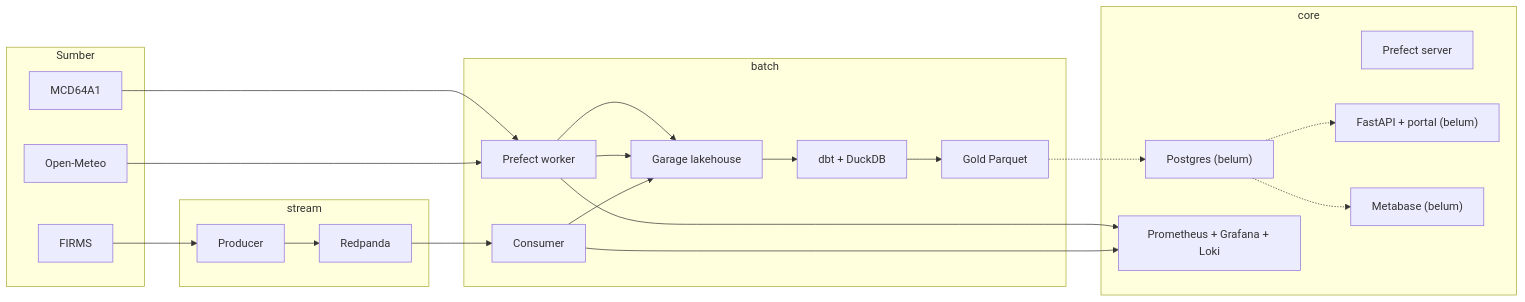
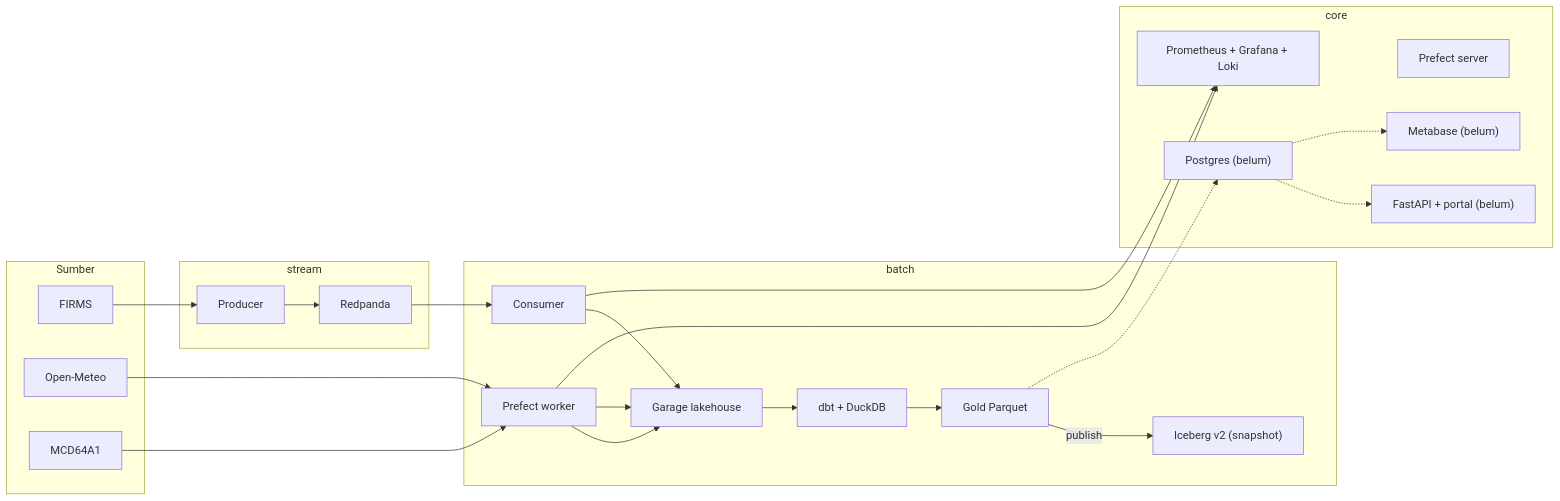
The diagram in docs/architecture.md (prayudahlah/karhutla-data-platform), drawn with Mermaid before and after one commit. The commit also changed other lines of this file and 12 other files, not shown here.

First line of the commit message:
feat(gold): publish Gold ke Iceberg v2

````diff
--- a/docs/architecture.md
+++ b/docs/architecture.md
@@ -19,39 +20,41 @@
 ```mermaid
 flowchart LR
   subgraph S["Sumber"]
     F["FIRMS"]
     O["Open-Meteo"]
     M["MCD64A1"]
   end
 
   subgraph ST["stream"]
     P["Producer"]
     R["Redpanda"]
   end
 
   subgraph B["batch"]
     C["Consumer"]
     G["Garage lakehouse"]
     PF["Prefect worker"]
     D["dbt + DuckDB"]
     GD["Gold Parquet"]
+    ICE["Iceberg v2 (snapshot)"]
   end
 
   subgraph CO["core"]
     PG["Postgres (belum)"]
     PS["Prefect server"]
     API["FastAPI + portal (belum)"]
     MB["Metabase (belum)"]
     OBS["Prometheus + Grafana + Loki"]
   end
 
   F --> P --> R --> C --> G
   O --> PF --> G
   M --> PF --> G
   G --> D --> GD
+  GD -->|publish| ICE
   GD -.-> PG
   PG -.-> API
   PG -.-> MB
   C --> OBS
   PF --> OBS
 ```
````
